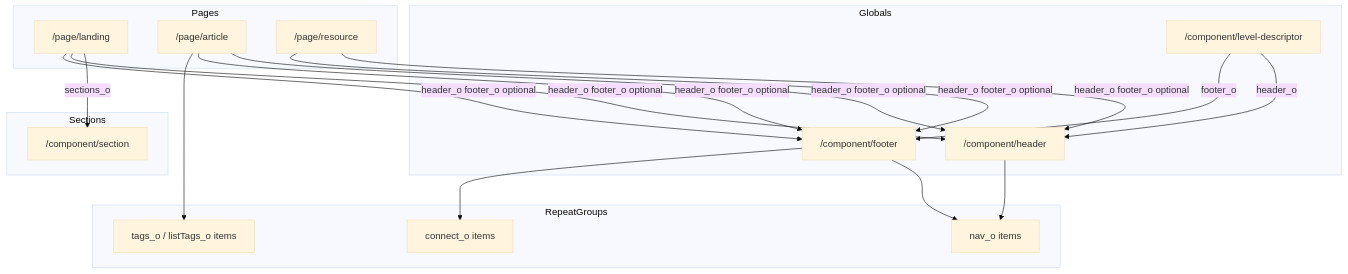
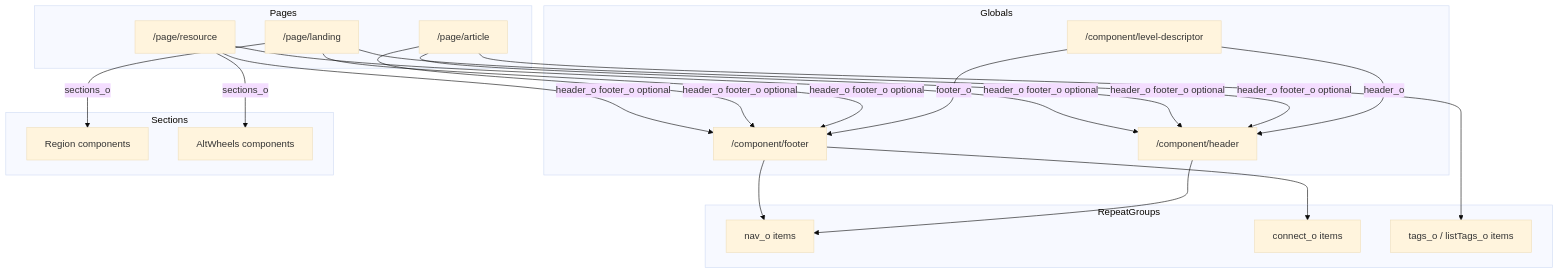
Before and after one commit to naorlss/lss-cdz-cloudzoom-2: the diagram in docs/ARCHITECTURE_DIAGRAM.md, drawn with Mermaid (base theme). The commit also changed other lines of this file and 183 other files, not shown here.

````diff
--- a/docs/ARCHITECTURE_DIAGRAM.md
+++ b/docs/ARCHITECTURE_DIAGRAM.md
@@ -3,34 +3,36 @@
 ```mermaid
 graph TB
     subgraph Pages
         LAND["/page/landing"]
         ART["/page/article"]
         RES["/page/resource"]
     end
     subgraph Globals
         LD["/component/level-descriptor"]
         HDR["/component/header"]
         FTR["/component/footer"]
     end
     subgraph Sections
-        SEC["/component/section"]
+        REG["Region components"]
+        AW["AltWheels components"]
     end
     subgraph RepeatGroups
         NAV["nav_o items"]
         CON["connect_o items"]
         TAG["tags_o / listTags_o items"]
     end
     LD -->|header_o| HDR
     LD -->|footer_o| FTR
-    LAND -->|sections_o| SEC
+    LAND -->|sections_o| REG
+    RES -->|sections_o| AW
     LAND -->|header_o footer_o optional| HDR
     LAND -->|header_o footer_o optional| FTR
     ART -->|header_o footer_o optional| HDR
     ART -->|header_o footer_o optional| FTR
     RES -->|header_o footer_o optional| HDR
     RES -->|header_o footer_o optional| FTR
     HDR --> NAV
     FTR --> NAV
     FTR --> CON
     ART --> TAG
 ```
````
